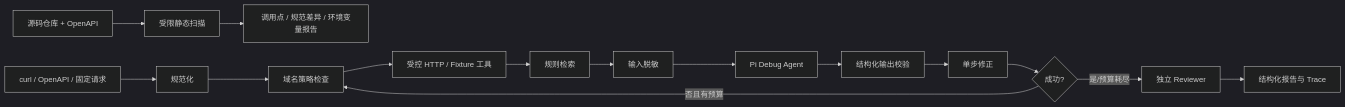
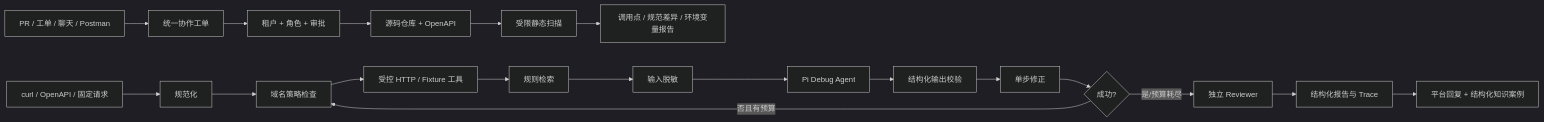
One commit to LarryBUPT/A-Pidoc changed the diagram in README.md. Above: the diagram before and after it, drawn with Mermaid (dark theme). The commit also changed other lines of this file and 22 other files, not shown here.

````diff
--- a/README.md
+++ b/README.md
@@ -9,17 +9,21 @@
 ```mermaid
 flowchart LR
+    W[PR / 工单 / 聊天 / Postman] --> X[统一协作工单]
+    X --> Y[租户 + 角色 + 审批]
+    Y --> R
     R[源码仓库 + OpenAPI] --> S[受限静态扫描]
     S --> T[调用点 / 规范差异 / 环境变量报告]
     A[curl / OpenAPI / 固定请求] --> B[规范化]
     B --> C[域名策略检查]
     C --> D[受控 HTTP / Fixture 工具]
     D --> E[规则检索]
     E --> F[输入脱敏]
     F --> G[Pi Debug Agent]
     G --> H[结构化输出校验]
     H --> I[单步修正]
     I --> J{成功?}
     J -- 否且有预算 --> C
     J -- 是/预算耗尽 --> K[独立 Reviewer]
     K --> L[结构化报告与 Trace]
+    L --> Z[平台回复 + 结构化知识案例]
 ```
````
